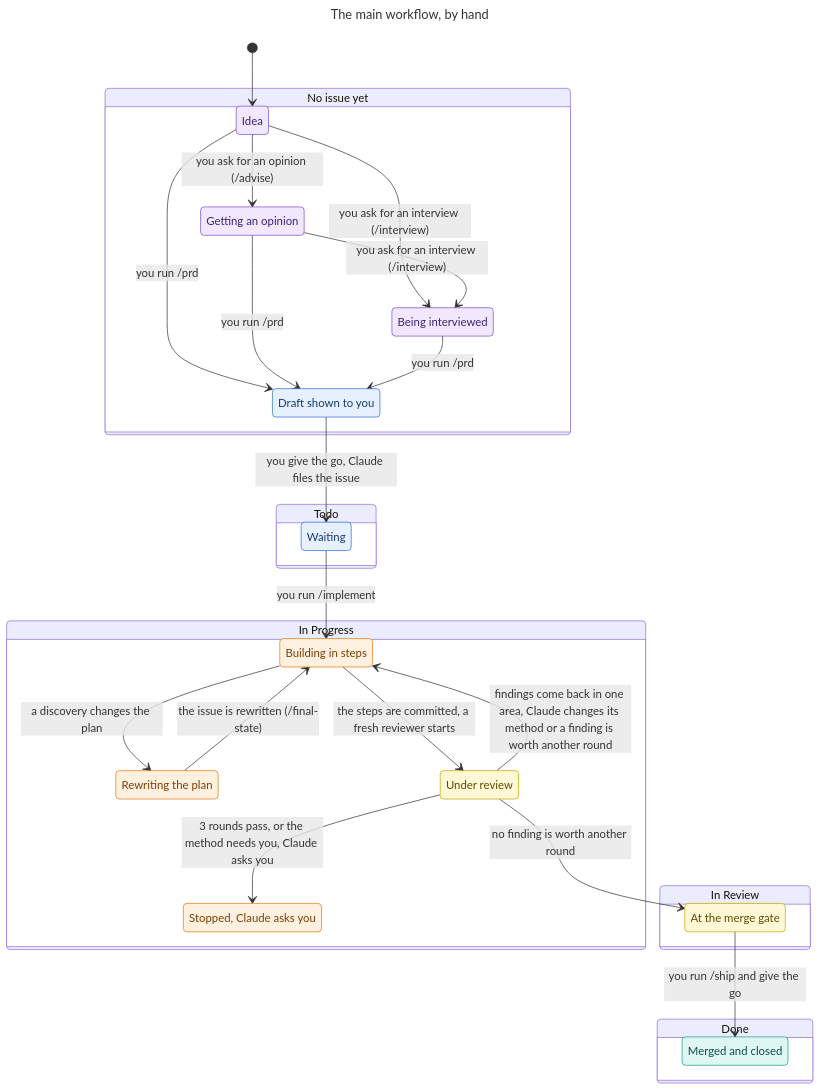
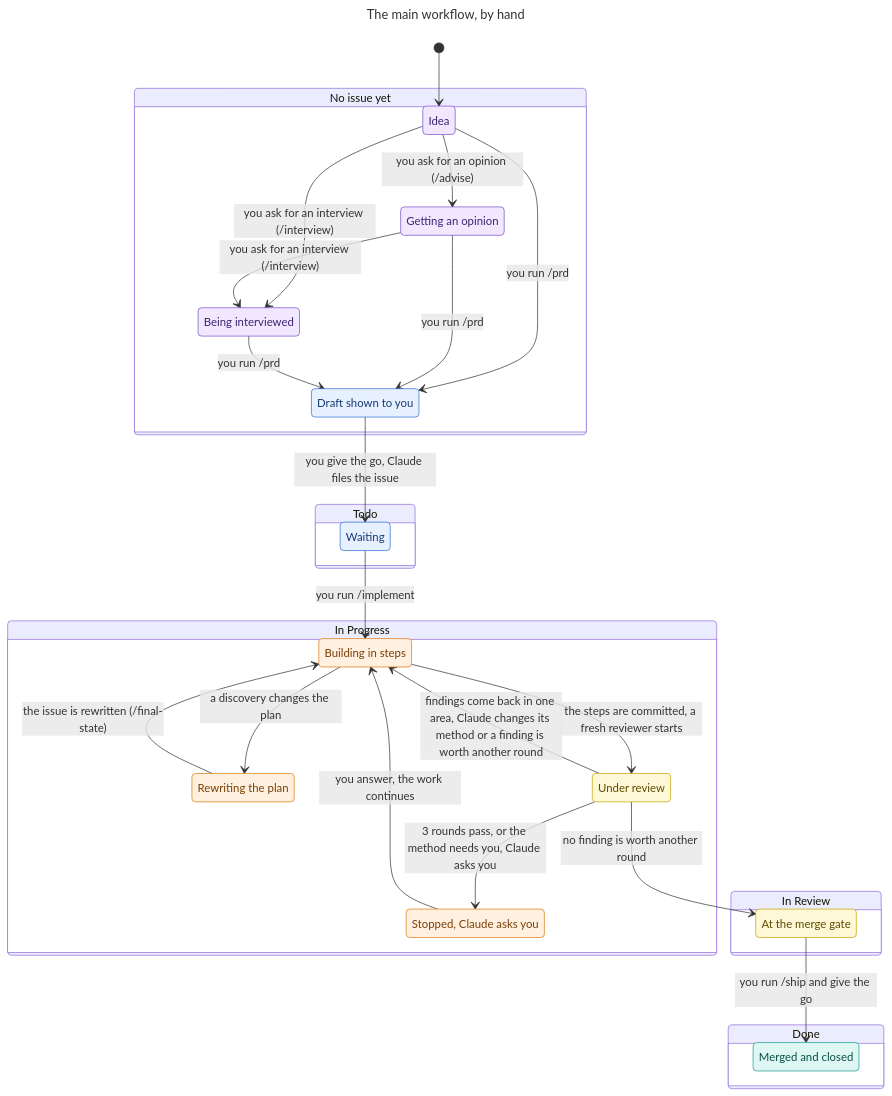
One commit to felipeam86/pipe-skills changed the first of 2 diagrams in README.md. Above: the diagram before and after it, drawn with Mermaid. The commit also changed other lines of this file and 2 other files, not shown here.

First line of the commit message:
GH-10: Show in the chart that the work continues after you answer

````diff
--- a/README.md
+++ b/README.md
@@ -52,59 +52,60 @@
 ```mermaid
 ---
 title: "The main workflow, by hand"
 ---
 stateDiagram-v2
   state "No issue yet" as s0 {
     s1: Idea
     s2: Getting an opinion
     s3: Draft shown to you
     s4: Being interviewed
   }
   state "Todo" as s5 {
     s6: Waiting
   }
   state "In Progress" as s7 {
     s8: Building in steps
     s9: Rewriting the plan
     s10: Under review
     s11: Stopped, Claude asks you
   }
   state "In Review" as s12 {
     s13: At the merge gate
   }
   state "Done" as s14 {
     s15: Merged and closed
   }
   [*] --> s1
   s1 --> s2: you ask for an opinion (/advise)
   s1 --> s3: you run /prd
   s1 --> s4: you ask for an interview (/interview)
   s2 --> s3: you run /prd
   s2 --> s4: you ask for an interview (/interview)
   s3 --> s6: you give the go, Claude files the issue
   s4 --> s3: you run /prd
   s6 --> s8: you run /implement
   s8 --> s9: a discovery changes the plan
   s8 --> s10: the steps are committed, a fresh reviewer starts
   s9 --> s8: the issue is rewritten (/final-state)
   s10 --> s8: findings come back in one area, Claude changes its method or a finding is worth another round
   s10 --> s13: no finding is worth another round
   s10 --> s11: 3 rounds pass, or the method needs you, Claude asks you
   s13 --> s15: you run /ship and give the go
+  s11 --> s8: you answer, the work continues
   classDef purple fill:#f1e8ff,stroke:#7c4dcc,color:#3d2370
   classDef blue fill:#e6f0ff,stroke:#2f6fd6,color:#173a73
   classDef orange fill:#fff0e0,stroke:#e07a10,color:#7a3f05
   classDef yellow fill:#fff8d6,stroke:#c9a400,color:#5c4b00
   classDef teal fill:#def7f3,stroke:#1a9e8f,color:#0b4f47
   class s1 purple
   class s2 purple
   class s3 blue
   class s4 purple
   class s6 blue
   class s8 orange
   class s9 orange
   class s10 yellow
   class s11 orange
   class s13 yellow
   class s15 teal
 ```
````
